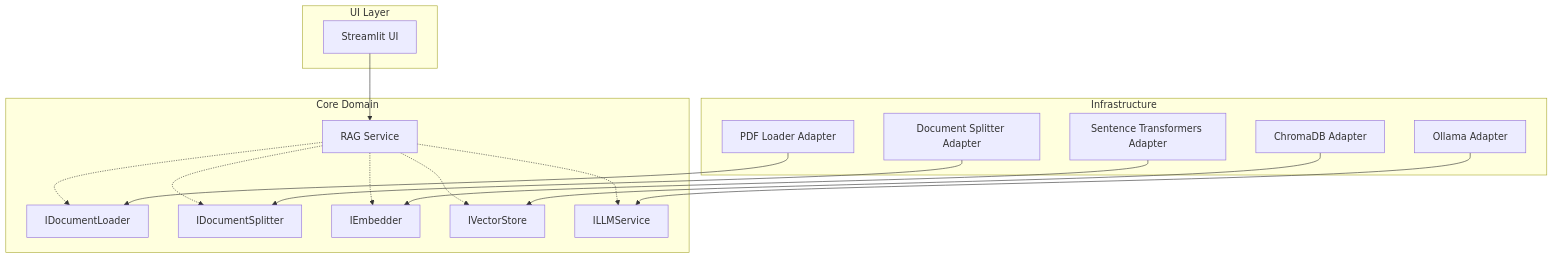
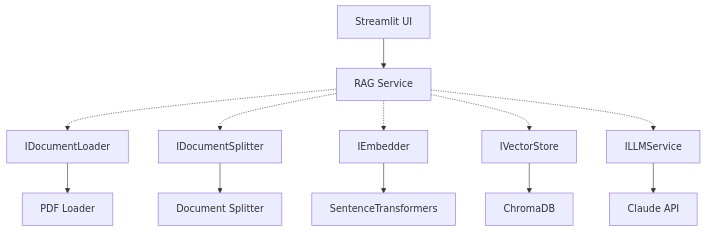
The diagram in README.md (salma-elanigri/esg-rag-analyzer), drawn with Mermaid before and after one commit. The commit also changed other lines of this file, not shown here.

````diff
--- a/README.md
+++ b/README.md
@@ -21,38 +16,14 @@
 ```mermaid
 graph TD
-
-    subgraph UI Layer
-        UI[Streamlit UI]
-    end
-
-    subgraph Core Domain
-        Service[RAG Service]
-        Port1[IDocumentLoader]
-        Port2[IDocumentSplitter]
-        Port3[IEmbedder]
-        Port4[IVectorStore]
-        Port5[ILLMService]
-    end
-
-    subgraph Infrastructure
-        Loader[PDF Loader Adapter]
-        Splitter[Document Splitter Adapter]
-        Embedder[Sentence Transformers Adapter]
-        Store[ChromaDB Adapter]
-        LLM[Ollama Adapter]
-    end
-
-    UI --> Service
-
-    Service -.-> Port1
-    Service -.-> Port2
-    Service -.-> Port3
-    Service -.-> Port4
-    Service -.-> Port5
-
-    Loader --> Port1
-    Splitter --> Port2
-    Embedder --> Port3
-    Store --> Port4
-    LLM --> Port5
+    UI[Streamlit UI] --> Service[RAG Service]
+    Service -.-> Port1[IDocumentLoader]
+    Service -.-> Port2[IDocumentSplitter]
+    Service -.-> Port3[IEmbedder]
+    Service -.-> Port4[IVectorStore]
+    Service -.-> Port5[ILLMService]
+    Port1 --> Loader[PDF Loader]
+    Port2 --> Splitter[Document Splitter]
+    Port3 --> Embedder[SentenceTransformers]
+    Port4 --> Store[ChromaDB]
+    Port5 --> LLM[Claude API]
 ```
````
